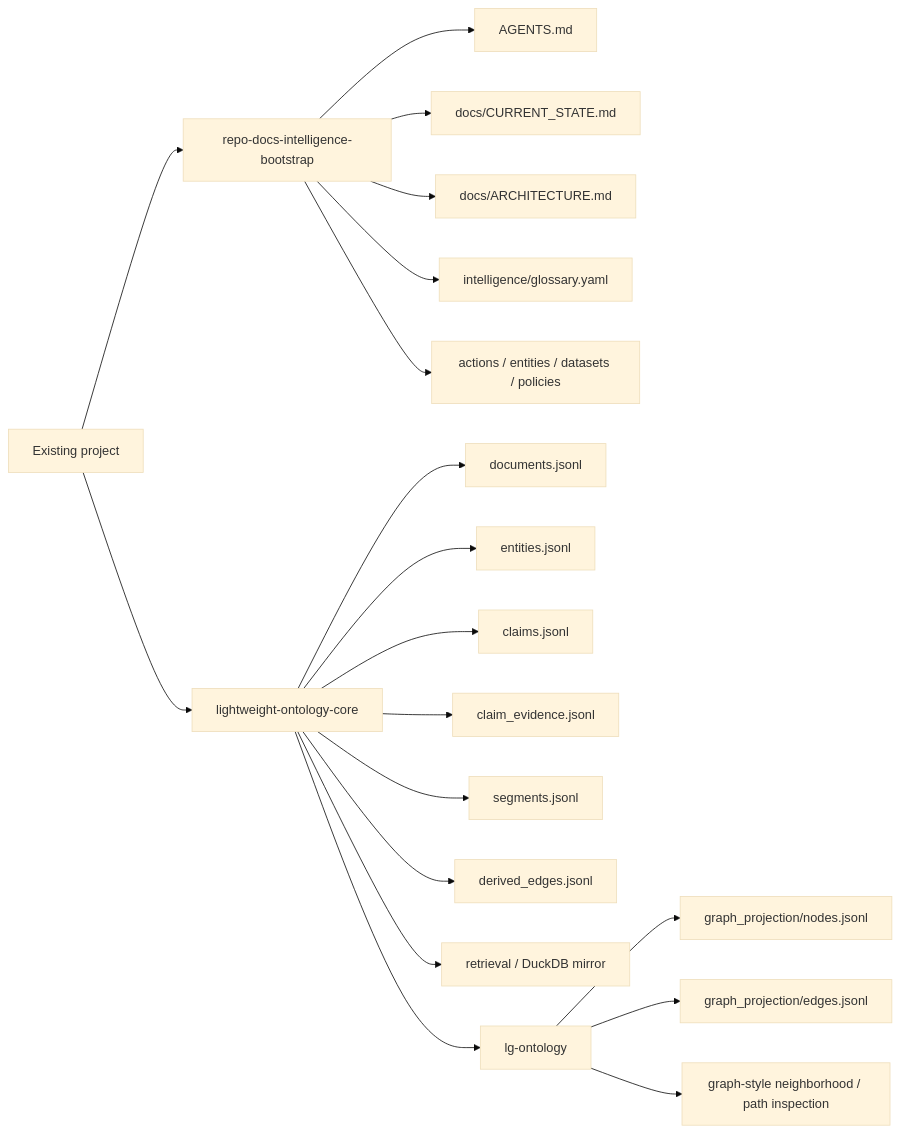
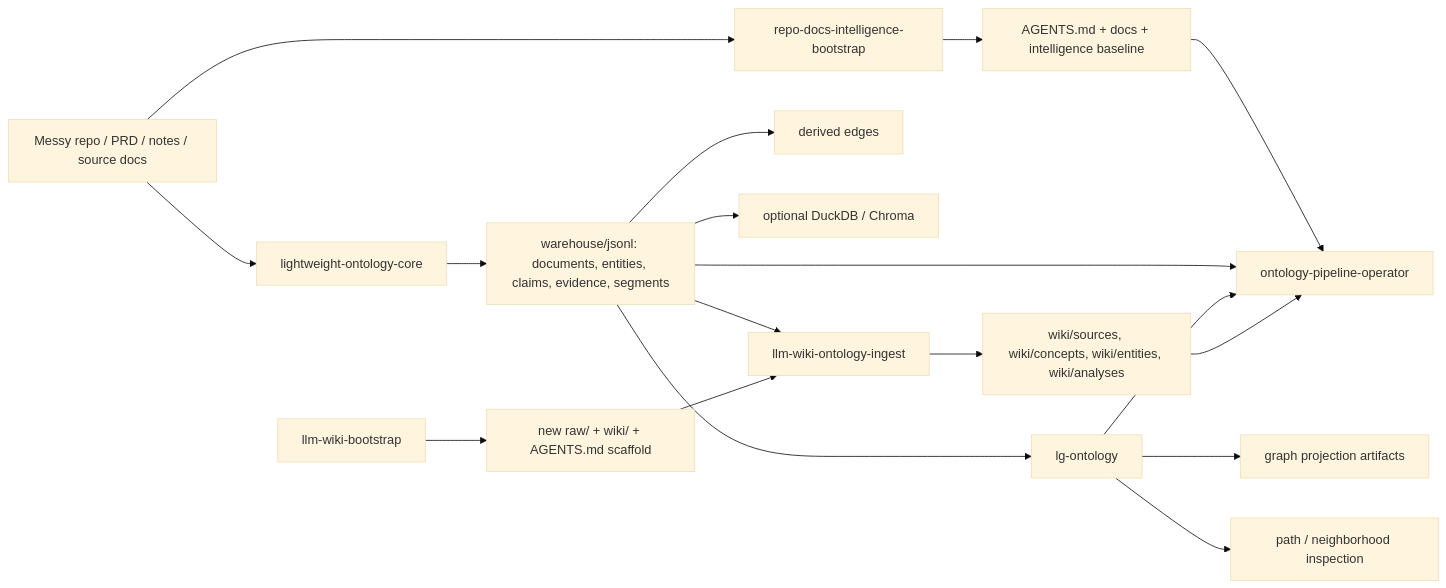
The diagram in README.md (tteggu87/repo-docs-ontology-skills), drawn with Mermaid (base theme) before and after one commit. The commit also changed other lines of this file, not shown here.

````diff
--- a/README.md
+++ b/README.md
@@ -827,23 +211,25 @@
 ```mermaid
 flowchart LR
-    A["Existing project"] --> B["repo-docs-intelligence-bootstrap"]
-    B --> C["AGENTS.md"]
-    B --> D["docs/CURRENT_STATE.md"]
-    B --> E["docs/ARCHITECTURE.md"]
-    B --> F["intelligence/glossary.yaml"]
-    B --> G["actions / entities / datasets / policies"]
+    A["Messy repo / PRD / notes / source docs"] --> B["repo-docs-intelligence-bootstrap"]
+    B --> C["AGENTS.md + docs + intelligence baseline"]
 
-    A --> H["lightweight-ontology-core"]
-    H --> I["documents.jsonl"]
-    H --> J["entities.jsonl"]
-    H --> K["claims.jsonl"]
-    H --> L["claim_evidence.jsonl"]
-    H --> M["segments.jsonl"]
-    H --> N["derived_edges.jsonl"]
-    H --> O["retrieval / DuckDB mirror"]
+    A --> D["lightweight-ontology-core"]
+    D --> E["warehouse/jsonl: documents, entities, claims, evidence, segments"]
+    E --> F["derived edges"]
+    E --> G["optional DuckDB / Chroma"]
 
-    H --> P["lg-ontology"]
-    P --> Q["graph_projection/nodes.jsonl"]
-    P --> R["graph_projection/edges.jsonl"]
-    P --> S["graph-style neighborhood / path inspection"]
+    E --> H["lg-ontology"]
+    H --> I["graph projection artifacts"]
+    H --> J["path / neighborhood inspection"]
+
+    E --> K["llm-wiki-ontology-ingest"]
+    K --> L["wiki/sources, wiki/concepts, wiki/entities, wiki/analyses"]
+
+    M["llm-wiki-bootstrap"] --> N["new raw/ + wiki/ + AGENTS.md scaffold"]
+    N --> K
+
+    C --> O["ontology-pipeline-operator"]
+    E --> O
+    H --> O
+    L --> O
 ```
````
